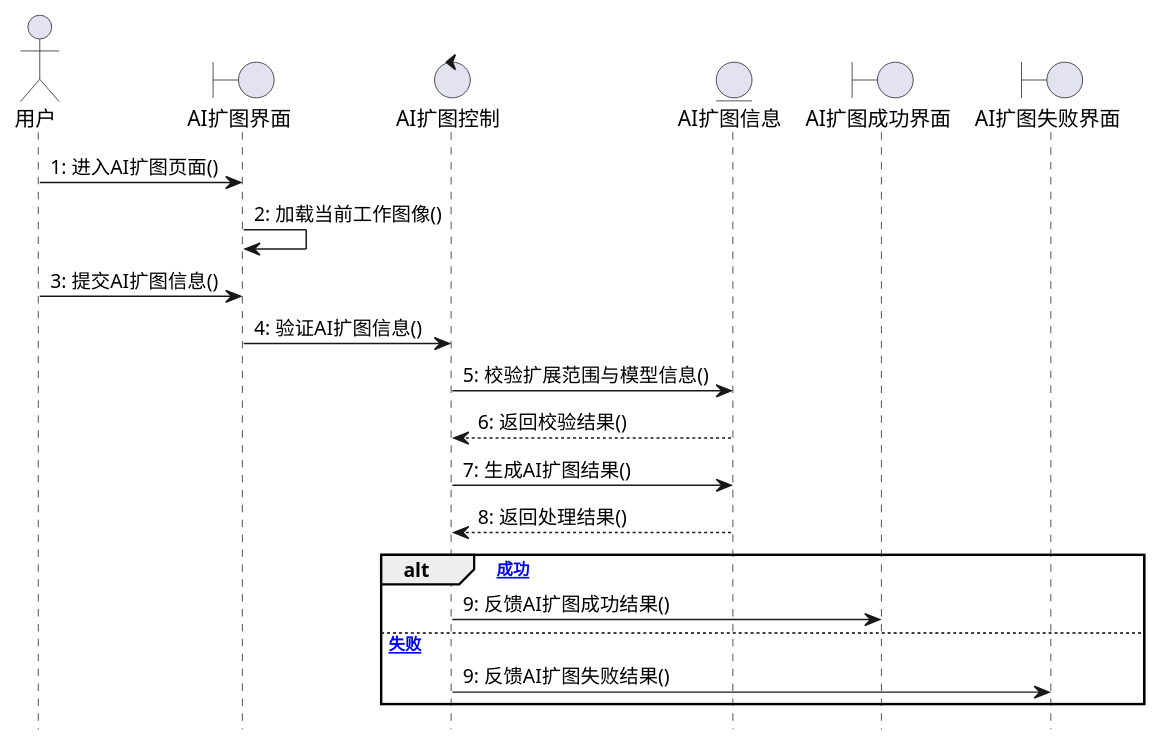
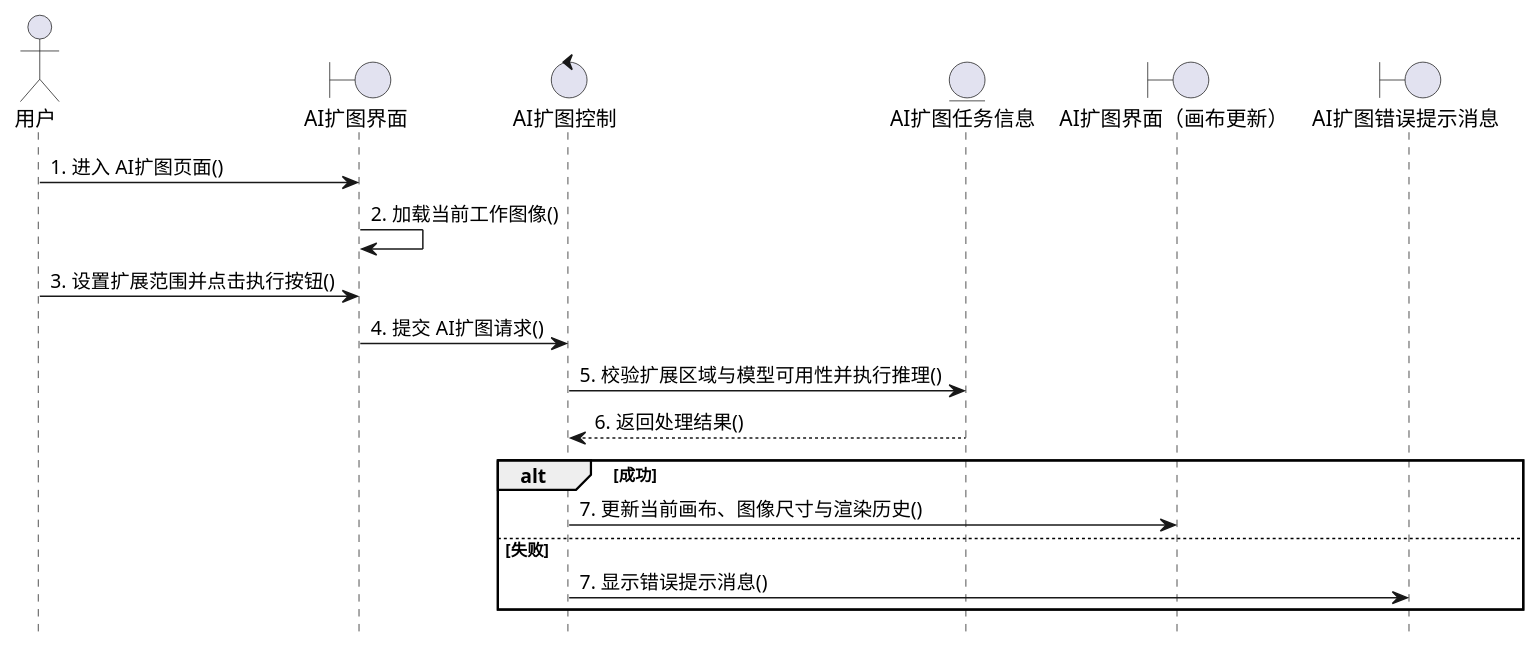
Before and after one commit to LyferLu/Artie: the fifth of 16 diagrams in doc/paper.md, drawn with PlantUML. The commit also changed other lines of this file, not shown here.

````diff
--- a/doc/paper.md
+++ b/doc/paper.md
@@ -766,25 +797,23 @@
 ```plantuml
 @startuml
 hide footbox
 actor 用户
 boundary "AI扩图界面" as B3
 control "AI扩图控制" as C3
-entity "AI扩图信息" as E3
-boundary "AI扩图成功界面" as BS3
-boundary "AI扩图失败界面" as BF3
+entity "AI扩图任务信息" as E3
+boundary "AI扩图界面（画布更新）" as BS3
+boundary "AI扩图错误提示消息" as BF3
 
-用户 -> B3 : 1: 进入AI扩图页面()
-B3 -> B3 : 2: 加载当前工作图像()
-用户 -> B3 : 3: 提交AI扩图信息()
-B3 -> C3 : 4: 验证AI扩图信息()
-C3 -> E3 : 5: 校验扩展范围与模型信息()
-E3 --> C3 : 6: 返回校验结果()
-C3 -> E3 : 7: 生成AI扩图结果()
-E3 --> C3 : 8: 返回处理结果()
-alt [成功]
-  C3 -> BS3 : 9: 反馈AI扩图成功结果()
-else [失败]
-  C3 -> BF3 : 9: 反馈AI扩图失败结果()
+用户 -> B3 : 1. 进入 AI扩图页面()
+B3 -> B3 : 2. 加载当前工作图像()
+用户 -> B3 : 3. 设置扩展范围并点击执行按钮()
+B3 -> C3 : 4. 提交 AI扩图请求()
+C3 -> E3 : 5. 校验扩展区域与模型可用性并执行推理()
+E3 --> C3 : 6. 返回处理结果()
+alt 成功
+  C3 -> BS3 : 7. 更新当前画布、图像尺寸与渲染历史()
+else 失败
+  C3 -> BF3 : 7. 显示错误提示消息()
 end
 @enduml
 ```
````
